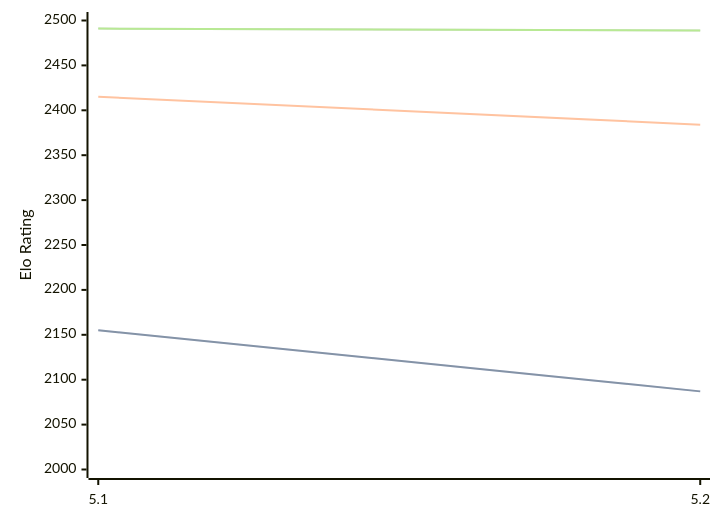
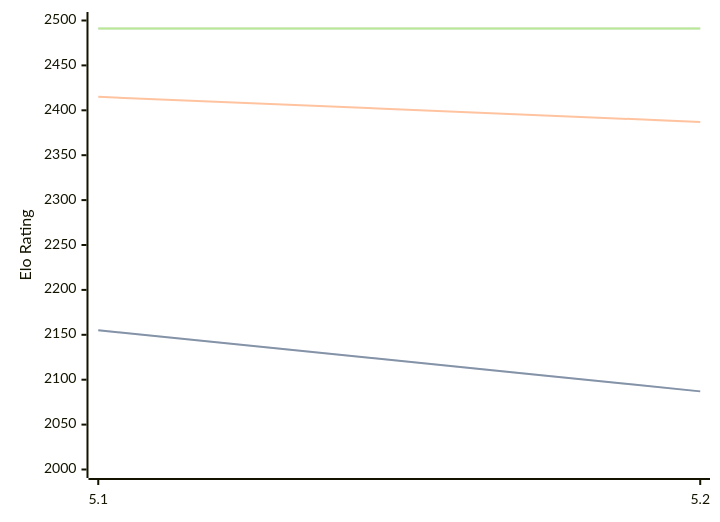
One commit to computer-chess-index/cci changed the first of 3 diagrams in engines/Prophet.md. Above: the diagram before and after it, drawn with Mermaid. The commit also changed other lines of this file, not shown here.

Commit message:
Update CCI Ratings (ELO VLTC) - 2026-06-22

````diff
--- a/engines/Prophet.md
+++ b/engines/Prophet.md
@@ -38,11 +38,11 @@
 ```mermaid
 %%{init: {"theme":"base","themeVariables":{"seriesColors:['#a3a3a3','#222221','#faa371']}}}%%
 xychart-beta
   x-axis ["5.1", "5.2"]
   y-axis "Elo Rating" 2000 --> 2500
   line "STC (8.0+0.08s)" [2155, 2087]
   line "STC (8.0+0.08s)" [2155, 2087]
-  line "LTC (60.0+0.60s)" [2415, 2384]
-  line "VLTC (2m24s+1.12s)" [2491, 2489]
-  line "VLTC (2m24s+1.12s)" [2491, 2489]
+  line "LTC (60.0+0.60s)" [2415, 2387]
+  line "VLTC (2m24s+1.12s)" [2491, 2491]
+  line "VLTC (2m24s+1.12s)" [2491, 2491]
 ```
````
